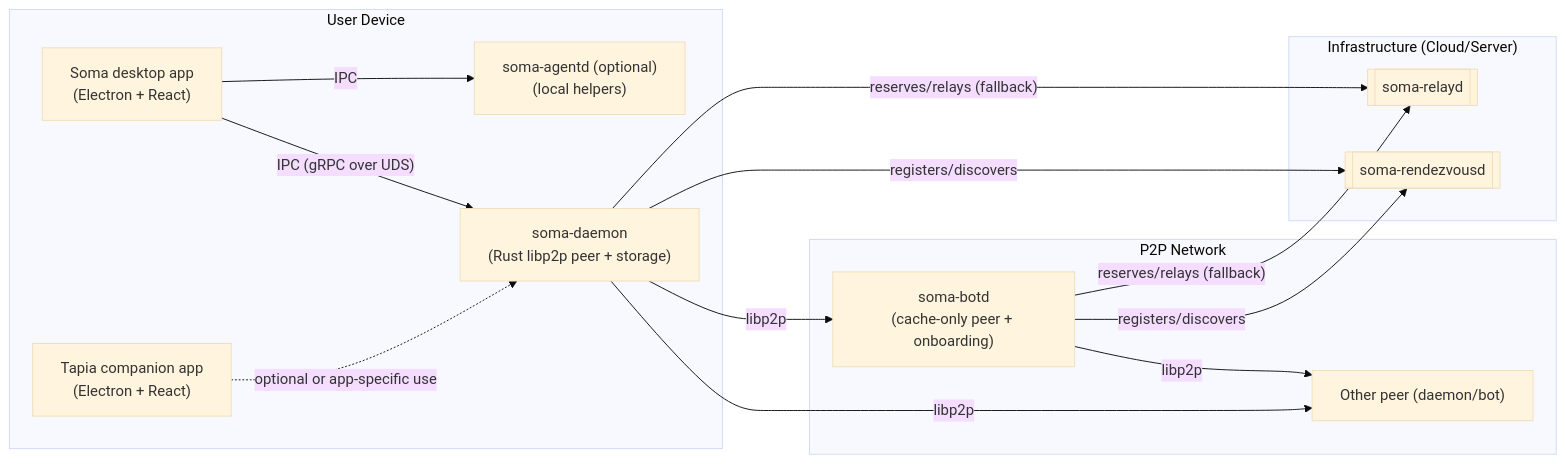
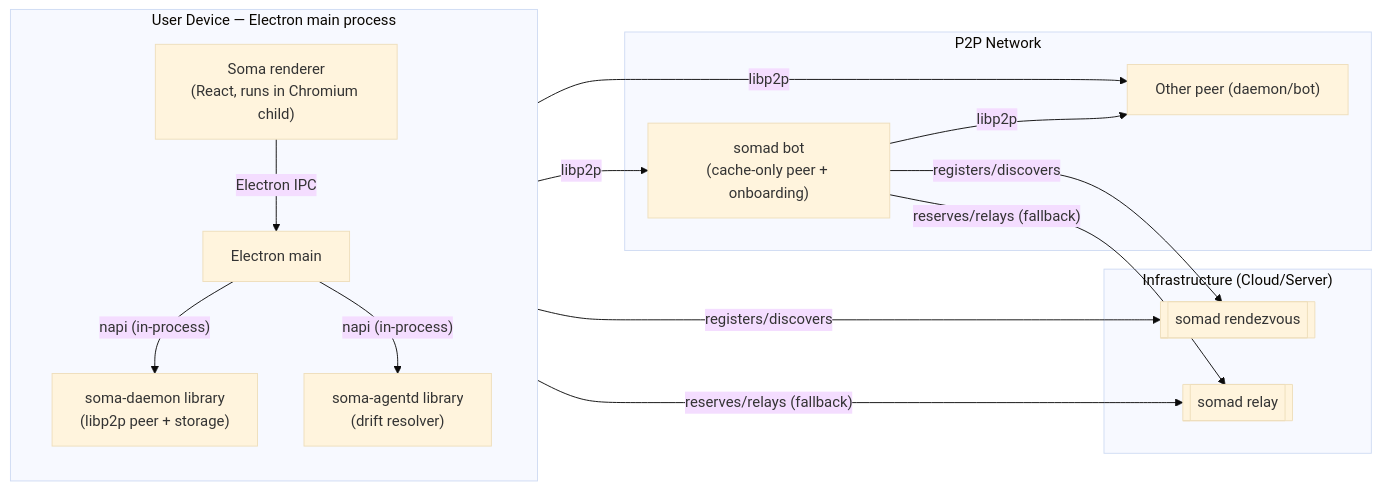
Before and after one commit to stephane-segning/soma: the first of 2 diagrams in docs/src/architecture/soma-tapia.md, drawn with Mermaid (base theme). The commit also changed other lines of this file and 142 other files, not shown here.

````diff
--- a/docs/src/architecture/soma-tapia.md
+++ b/docs/src/architecture/soma-tapia.md
@@ -42,30 +58,31 @@
 ```mermaid
 flowchart LR
-  subgraph "User Device"
-    SomaUI["Soma desktop app<br/>(Electron + React)"]
-    TapiaUI["Tapia companion app<br/>(Electron + React)"]
-    Daemon["soma-daemon<br/>(Rust libp2p peer + storage)"]
-    Agent["soma-agentd (optional)<br/>(local helpers)"]
+  subgraph "User Device — Electron main process"
+    direction TB
+    Renderer["Soma renderer<br/>(React, runs in Chromium child)"]
+    Main["Electron main"]
+    Daemon["soma-daemon library<br/>(libp2p peer + storage)"]
+    Agent["soma-agentd library<br/>(drift resolver)"]
 
-    SomaUI -- IPC (gRPC over UDS) --> Daemon
-    TapiaUI -. optional or app-specific use .-> Daemon
-    SomaUI -- IPC --> Agent
+    Renderer -- Electron IPC --> Main
+    Main -- napi (in-process) --> Daemon
+    Main -- napi (in-process) --> Agent
   end
 
   subgraph "P2P Network"
     Daemon -- libp2p --> Other["Other peer (daemon/bot)"]
-    Bot["soma-botd<br/>(cache-only peer + onboarding)"]:::peer
+    Bot["somad bot<br/>(cache-only peer + onboarding)"]:::peer
     Daemon -- libp2p --> Bot
     Bot -- libp2p --> Other
   end
 
   subgraph "Infrastructure (Cloud/Server)"
-    Rendezvous[[soma-rendezvousd]]:::infra
-    Relay[[soma-relayd]]:::infra
+    Rendezvous[[somad rendezvous]]:::infra
+    Relay[[somad relay]]:::infra
   end
 
   Daemon -- registers/discovers --> Rendezvous
   Daemon -- reserves/relays (fallback) --> Relay
   Bot -- registers/discovers --> Rendezvous
   Bot -- reserves/relays (fallback) --> Relay
 ```
````
